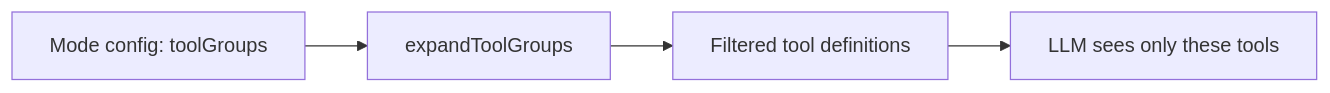
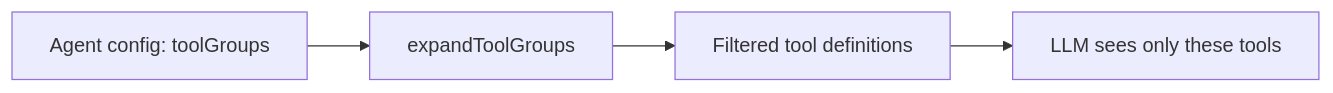
One commit to ivseb/vault-operator changed the diagram in docs/concepts/mode-system.md. Above: the diagram before and after it, drawn with Mermaid. The commit also changed other lines of this file and 47 other files, not shown here.

````diff
--- a/docs/concepts/mode-system.md
+++ b/docs/concepts/mode-system.md
@@ -34,6 +36,6 @@
 ```mermaid
 flowchart LR
-    A[Mode config: toolGroups] --> B[expandToolGroups]
+    A[Agent config: toolGroups] --> B[expandToolGroups]
     B --> C[Filtered tool definitions]
     C --> D[LLM sees only these tools]
 ```
````
